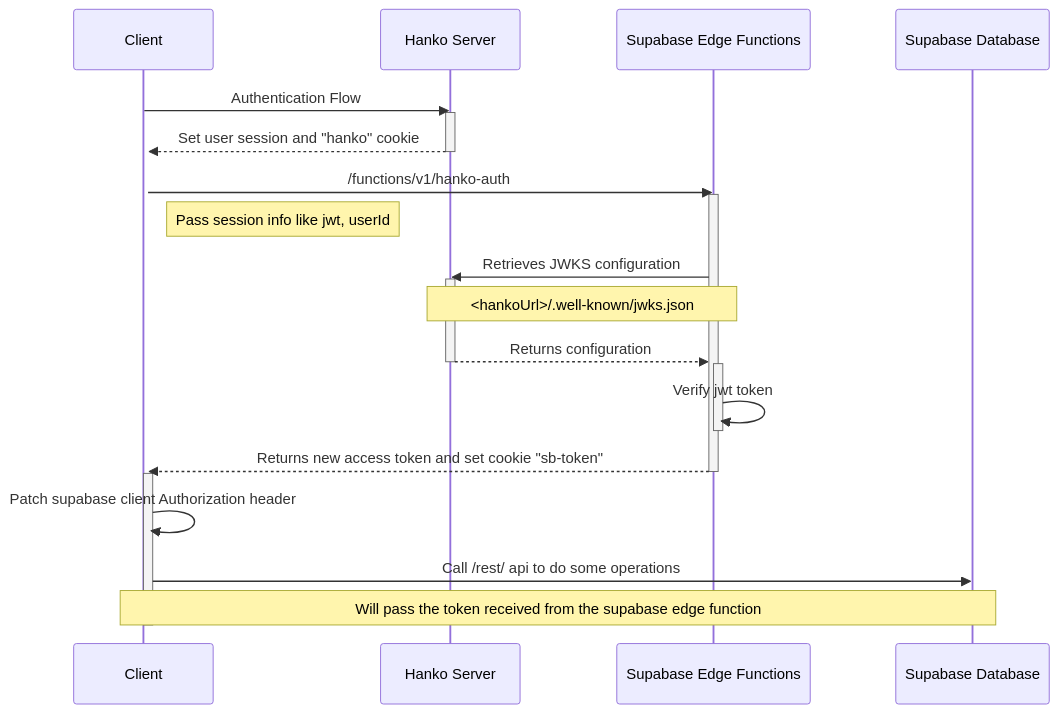
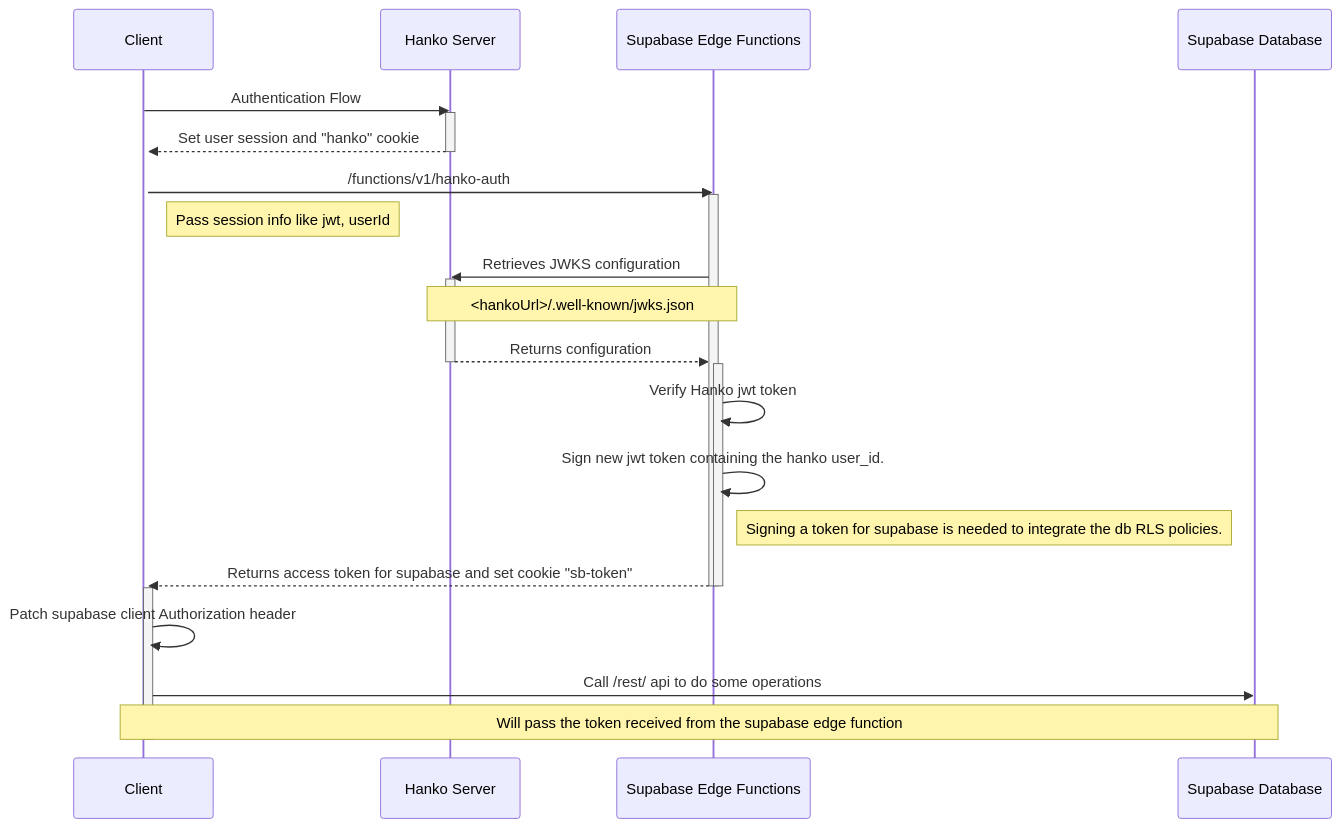
The diagram in README.md (riccardoperra/specflow), drawn with Mermaid before and after one commit. The commit also changed other lines of this file, not shown here.

````diff
--- a/README.md
+++ b/README.md
@@ -55,30 +67,32 @@
 ```mermaid
 sequenceDiagram
     participant Client
     participant Hanko Server
     participant Supabase Edge Functions
     participant Supabase Database
     Client ->> Hanko Server: Authentication Flow
     activate Client
     activate Hanko Server
     Hanko Server -->> Client: Set user session and "hanko" cookie
     deactivate Hanko Server
     Client ->> Supabase Edge Functions: /functions/v1/hanko-auth
     activate Supabase Edge Functions
     Note right of Client: Pass session info like jwt, userId
     Supabase Edge Functions ->> Hanko Server: Retrieves JWKS configuration
     activate Hanko Server
     Note over Supabase Edge Functions, Hanko Server: <hankoUrl>/.well-known/jwks.json
     Hanko Server -->> Supabase Edge Functions: Returns configuration
     deactivate Hanko Server
     activate Supabase Edge Functions
-    Supabase Edge Functions ->> Supabase Edge Functions: Verify jwt token
+    Supabase Edge Functions ->> Supabase Edge Functions: Verify Hanko jwt token
+    Supabase Edge Functions ->> Supabase Edge Functions: Sign new jwt token containing the hanko user_id.
+    Note right of Supabase Edge Functions: Signing a token for supabase is needed to integrate the db RLS policies.
+    Supabase Edge Functions -->> Client: Returns access token for supabase and set cookie "sb-token"
     deactivate Supabase Edge Functions
-    Supabase Edge Functions -->> Client: Returns new access token and set cookie "sb-token"
     deactivate Supabase Edge Functions
     activate Client
     Client ->> Client: Patch supabase client Authorization header
     Client ->> Supabase Database: Call /rest/ api to do some operations
     note over Client, Supabase Database: Will pass the token received from the supabase edge function
     deactivate Client
 ```
````
